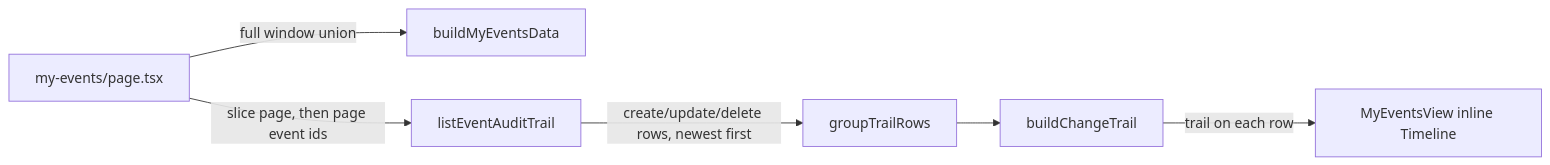
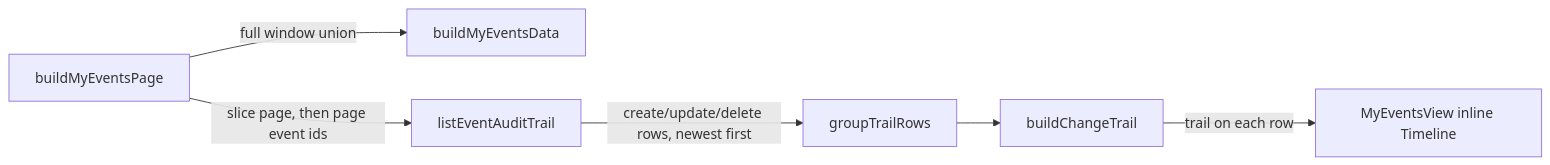
The second of 2 diagrams in docs/event-history.md (oncloudnintynineone-source/cloudy2), drawn with Mermaid before and after one commit. The commit also changed other lines of this file and 42 other files, not shown here.

````diff
--- a/docs/event-history.md
+++ b/docs/event-history.md
@@ -175,8 +227,8 @@
 ```mermaid
 flowchart LR
-    P[my-events/page.tsx] -->|full window union| B[buildMyEventsData]
+    P[buildMyEventsPage] -->|full window union| B[buildMyEventsData]
     P -->|slice page, then page event ids| Q[listEventAuditTrail]
     Q -->|create/update/delete rows, newest first| G[groupTrailRows]
     G --> T[buildChangeTrail]
     T -->|trail on each row| V[MyEventsView inline Timeline]
 ```
````
